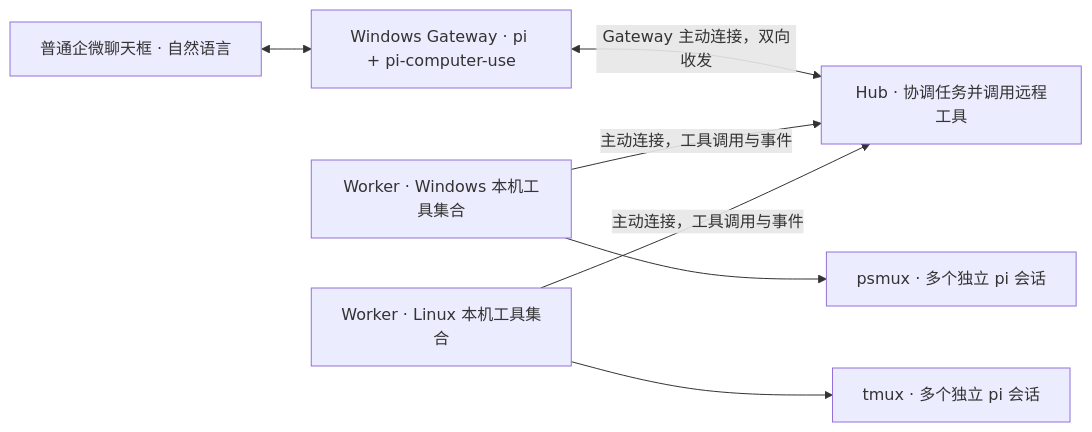
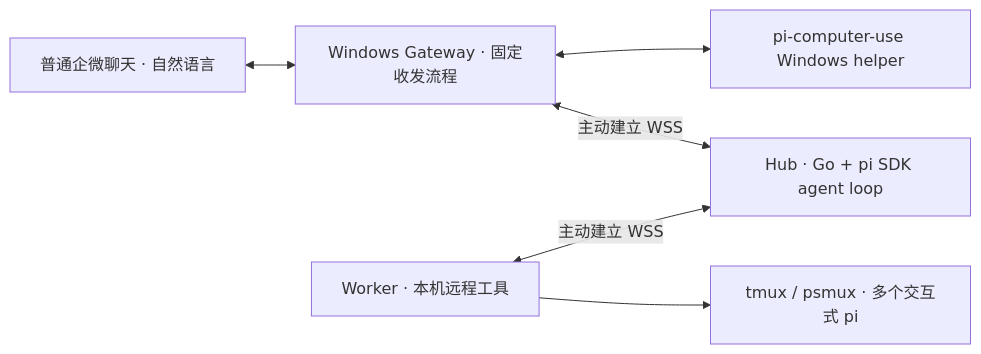
One commit to thune-xiaobai/relaydock changed the diagram in README.md. Above: the diagram before and after it, drawn with Mermaid. The commit also changed other lines of this file and 25 other files, not shown here.

Commit message:
feat: use pi SDK coordination and deterministic WeCom gateway

````diff
--- a/README.md
+++ b/README.md
@@ -13,9 +7,8 @@
 ```mermaid
 flowchart LR
-    Chat[普通企微聊天框 · 自然语言] <--> Channel[Windows Gateway · pi + pi-computer-use]
-    Channel <-->|Gateway 主动连接，双向收发| Hub[Hub · 协调任务并调用远程工具]
-    Win[Worker · Windows 本机工具集合] -->|主动连接，工具调用与事件| Hub
-    Linux[Worker · Linux 本机工具集合] -->|主动连接，工具调用与事件| Hub
-    Win --> WA[psmux · 多个独立 pi 会话]
-    Linux --> LA[tmux · 多个独立 pi 会话]
+    Chat[普通企微聊天 · 自然语言] <--> Gateway[Windows Gateway · 固定收发流程]
+    Gateway <--> Native[pi-computer-use Windows helper]
+    Gateway <-->|主动建立 WSS| Hub[Hub · Go + pi SDK agent loop]
+    Worker[Worker · 本机远程工具] <-->|主动建立 WSS| Hub
+    Worker --> Sessions[tmux / psmux · 多个交互式 pi]
 ```
````
